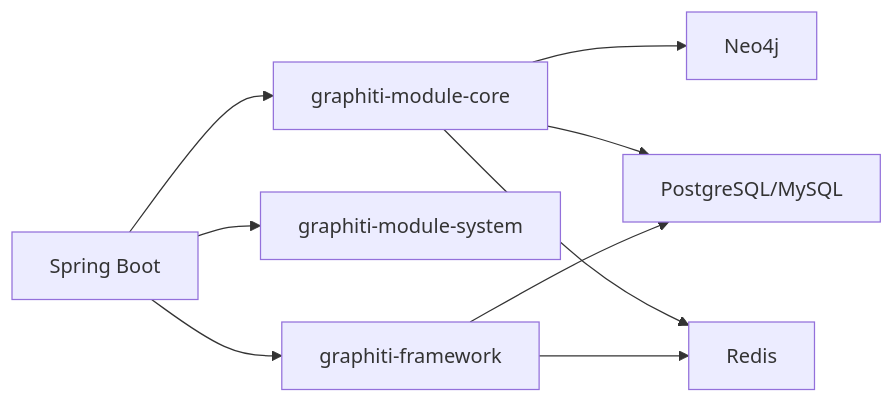
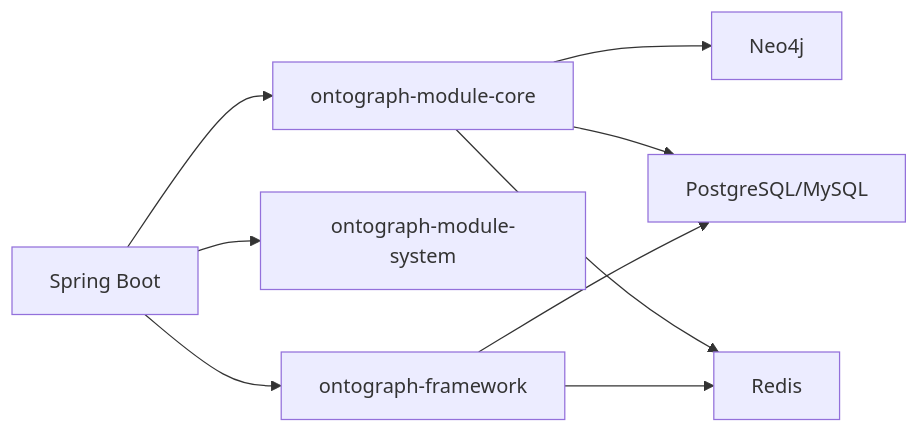
The ninth of 9 diagrams in docs/manual/项目概述/项目介绍.md (joezxh/graphiti-java), drawn with Mermaid before and after one commit. The commit also changed other lines of this file and 200 other files, not shown here.

````diff
--- a/docs/manual/项目概述/项目介绍.md
+++ b/docs/manual/项目概述/项目介绍.md
@@ -391,11 +391,11 @@
 ```mermaid
 graph LR
-SB["Spring Boot"] --> MOD_CORE["graphiti-module-core"]
-SB --> MOD_SYS["graphiti-module-system"]
-SB --> FW["graphiti-framework"]
+SB["Spring Boot"] --> MOD_CORE["ontograph-module-core"]
+SB --> MOD_SYS["ontograph-module-system"]
+SB --> FW["ontograph-framework"]
 MOD_CORE --> NEO4j["Neo4j"]
 MOD_CORE --> META["PostgreSQL/MySQL"]
 MOD_CORE --> REDIS["Redis"]
 FW --> META
 FW --> REDIS
 ```
````
